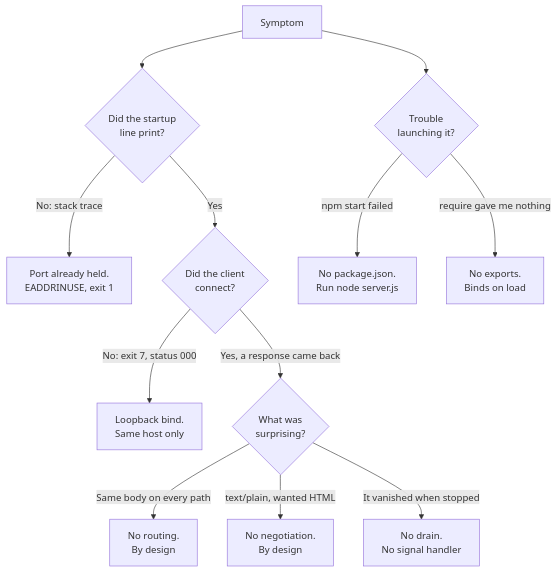
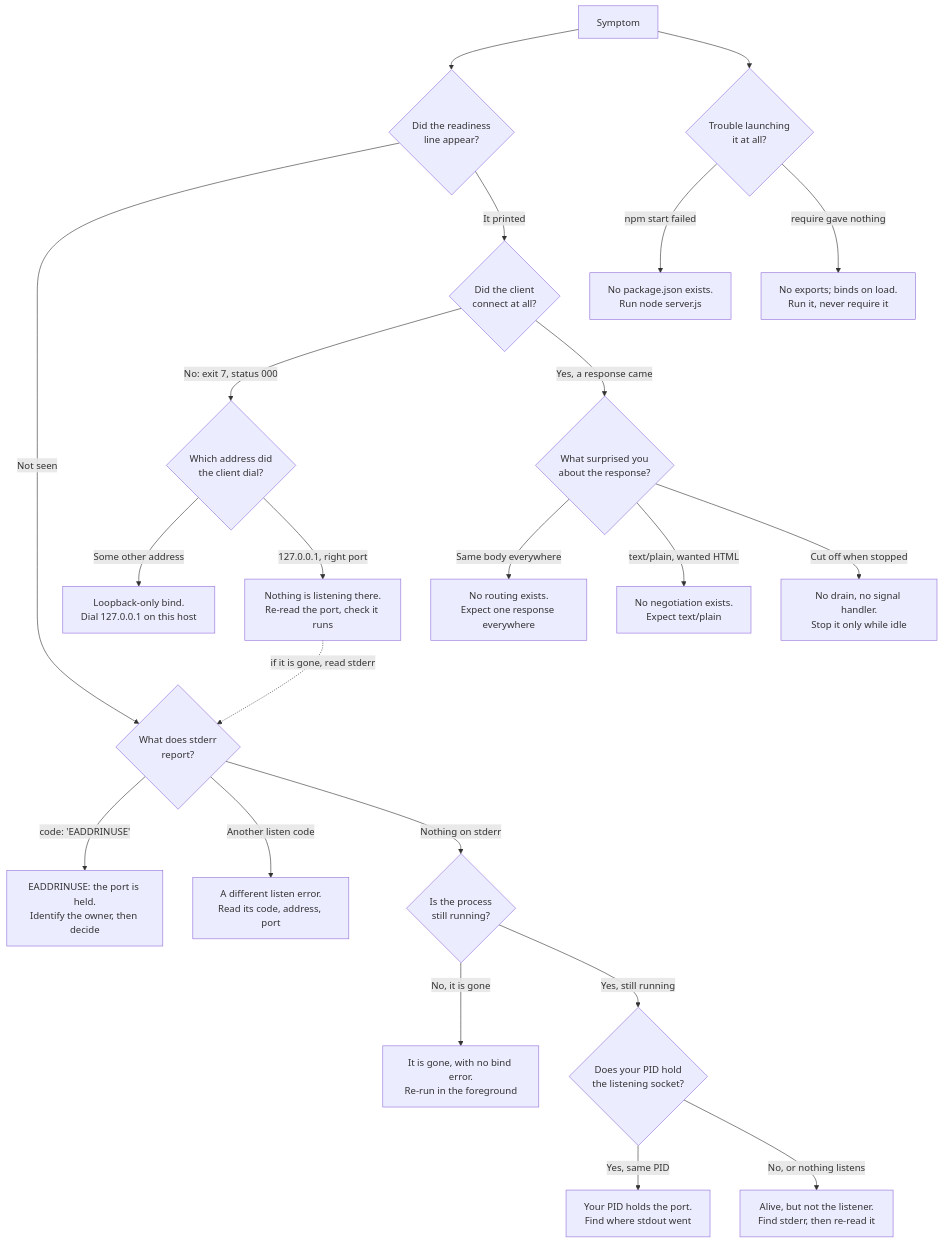
The diagram in docs/troubleshooting.md (ajitblitzy/Ajit_GH_Repo-12-Mar-26), drawn with Mermaid before and after one commit. The commit also changed other lines of this file and 13 other files, not shown here.

````diff
--- a/docs/troubleshooting.md
+++ b/docs/troubleshooting.md
@@ -380,17 +510,52 @@
 ```mermaid
 flowchart TD
-    S["Symptom"] --> Q1{"Did the startup<br/>line print?"}
-    Q1 -- "No: stack trace" --> R1["Port already held.<br/>EADDRINUSE, exit 1"]
-    Q1 -- "Yes" --> Q2{"Did the client<br/>connect?"}
-    Q2 -- "No: exit 7, status 000" --> R2["Loopback bind.<br/>Same host only"]
-    Q2 -- "Yes, a response came back" --> Q3{"What was<br/>surprising?"}
-    Q3 -- "Same body on every path" --> R3["No routing.<br/>By design"]
-    Q3 -- "text/plain, wanted HTML" --> R4["No negotiation.<br/>By design"]
-    Q3 -- "It vanished when stopped" --> R5["No drain.<br/>No signal handler"]
-    S --> Q4{"Trouble<br/>launching it?"}
-    Q4 -- "npm start failed" --> R6["No package.json.<br/>Run node server.js"]
-    Q4 -- "require gave me nothing" --> R7["No exports.<br/>Binds on load"]
-%% Every path here ends in an observed cause, never a code change.
-%% There is no graceful-shutdown branch to draw: no signal handler and
-%% no server.close() call exist anywhere. Source: server.js:L1-L14
+    S["Symptom"]
+    Q0{"Did the readiness<br/>line appear?"}
+    Q1{"What does stderr<br/>report?"}
+    Q1c{"Is the process<br/>still running?"}
+    Q1e{"Does your PID hold<br/>the listening socket?"}
+    Q2{"Did the client<br/>connect at all?"}
+    Q2a{"Which address did<br/>the client dial?"}
+    Q3{"What surprised you<br/>about the response?"}
+    Q4{"Trouble launching<br/>it at all?"}
+    R1["EADDRINUSE: the port is held.<br/>Identify the owner, then decide"]
+    R1b["A different listen error.<br/>Read its code, address, port"]
+    R1c["Your PID holds the port.<br/>Find where stdout went"]
+    R1d["It is gone, with no bind error.<br/>Re-run in the foreground"]
+    R1e["Alive, but not the listener.<br/>Find stderr, then re-read it"]
+    R2["Loopback-only bind.<br/>Dial 127.0.0.1 on this host"]
+    R2b["Nothing is listening there.<br/>Re-read the port, check it runs"]
+    R3["No routing exists.<br/>Expect one response everywhere"]
+    R4["No negotiation exists.<br/>Expect text/plain"]
+    R5["No drain, no signal handler.<br/>Stop it only while idle"]
+    R6["No package.json exists.<br/>Run node server.js"]
+    R7["No exports; binds on load.<br/>Run it, never require it"]
+    S --> Q0
+    S --> Q4
+    Q0 -- "Not seen" --> Q1
+    Q1 -- "code: 'EADDRINUSE'" --> R1
+    Q1 -- "Another listen code" --> R1b
+    Q1 -- "Nothing on stderr" --> Q1c
+    Q1c -- "No, it is gone" --> R1d
+    Q1c -- "Yes, still running" --> Q1e
+    Q1e -- "Yes, same PID" --> R1c
+    Q1e -- "No, or nothing listens" --> R1e
+    Q0 -- "It printed" --> Q2
+    Q2 -- "No: exit 7, status 000" --> Q2a
+    Q2a -- "Some other address" --> R2
+    Q2a -- "127.0.0.1, right port" --> R2b
+    R2b -. "if it is gone, read stderr" .-> Q1
+    Q2 -- "Yes, a response came" --> Q3
+    Q3 -- "Same body everywhere" --> R3
+    Q3 -- "text/plain, wanted HTML" --> R4
+    Q3 -- "Cut off when stopped" --> R5
+    Q4 -- "npm start failed" --> R6
+    Q4 -- "require gave nothing" --> R7
+%% Predicates are deliberately observable: the error code, the address
+%% dialled, whether the process still runs, and whether its PID is the one
+%% holding the socket. A missing readiness line decides nothing on its own,
+%% which is why Q1, Q1c and Q1e follow it. Liveness and listener presence
+%% are asked separately because a live process need not be the listener.
+%% No graceful-shutdown branch exists to draw: no signal handler and no
+%% server.close() call appear anywhere. Source: server.js:L1-L14
 ```
````
